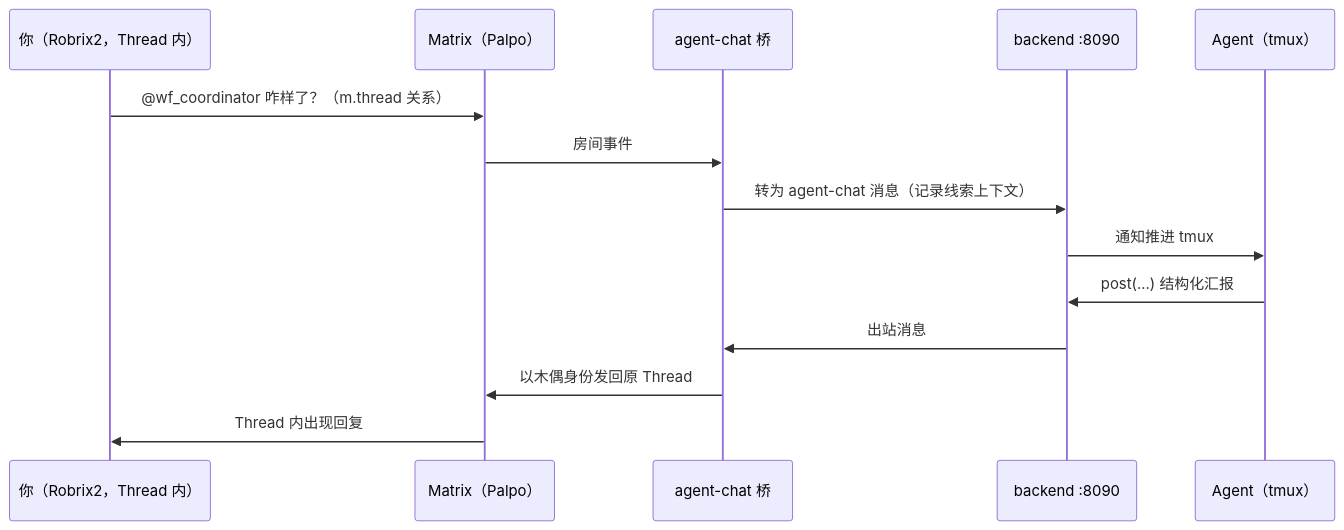
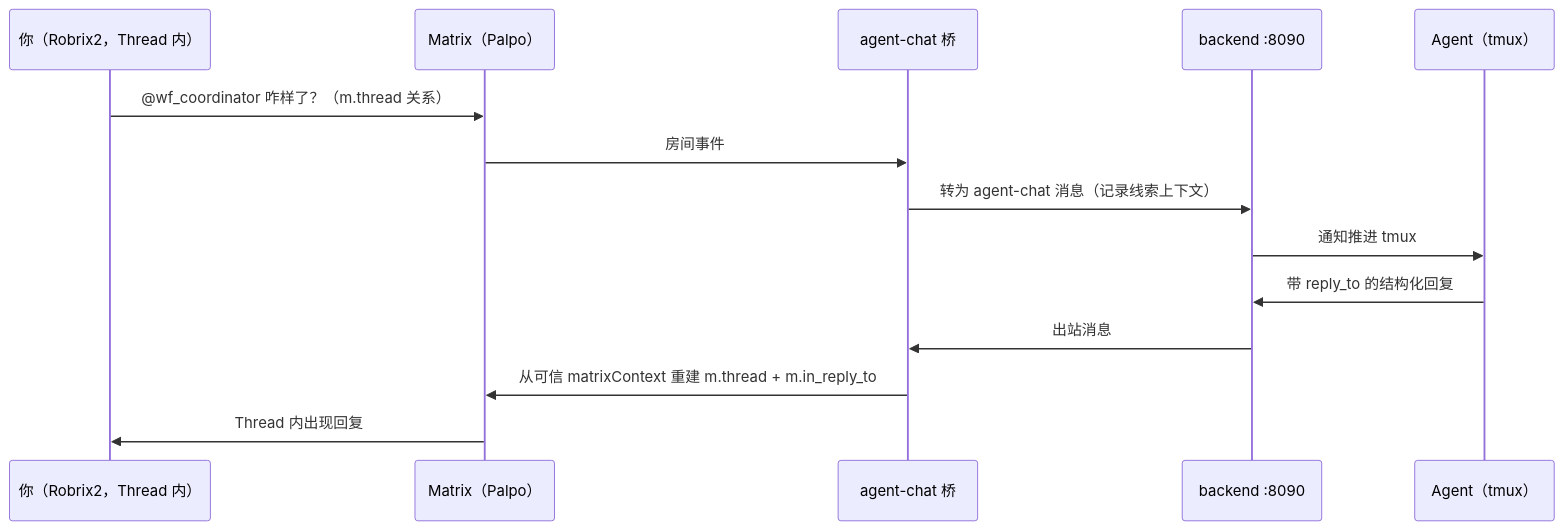
The diagram in book/zh/src/part2/threads.md (Project-Robius-China/robrix2), drawn with Mermaid before and after one commit. The commit also changed other lines of this file and 42 other files, not shown here.

````diff
--- a/book/zh/src/part2/threads.md
+++ b/book/zh/src/part2/threads.md
@@ -9,17 +9,17 @@
 ```mermaid
 sequenceDiagram
     participant H as 你（Robrix2，Thread 内）
     participant M as Matrix（Palpo）
     participant B as agent-chat 桥
     participant BE as backend :8090
     participant A as Agent（tmux）
 
     H->>M: @wf_coordinator 咋样了？（m.thread 关系）
     M->>B: 房间事件
     B->>BE: 转为 agent-chat 消息（记录线索上下文）
     BE->>A: 通知推进 tmux
-    A->>BE: post(...) 结构化汇报
+    A->>BE: 带 reply_to 的结构化回复
     BE->>B: 出站消息
-    B->>M: 以木偶身份发回原 Thread
+    B->>M: 从可信 matrixContext 重建 m.thread + m.in_reply_to
     M->>H: Thread 内出现回复
 ```
````
